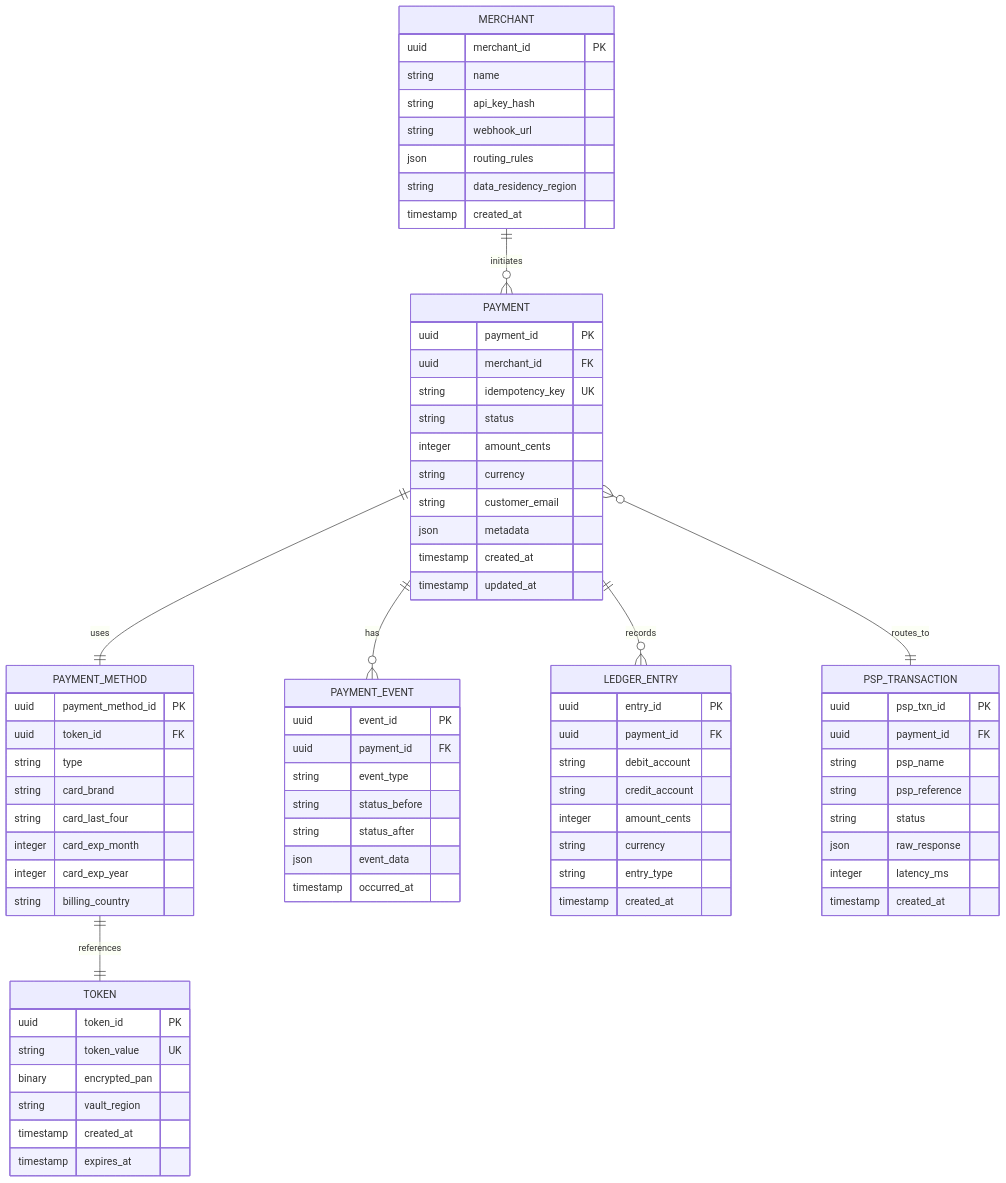
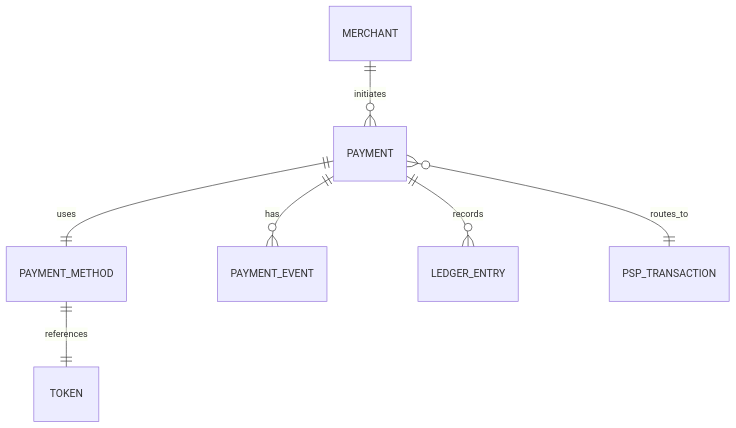
Before and after one commit to ashishthakur913/catenadocs: the second of 15 diagrams in PRD.md, drawn with Mermaid. The commit also changed other lines of this file and 1 other file, not shown here.

````diff
--- a/PRD.md
+++ b/PRD.md
@@ -222,79 +228,4 @@
     PAYMENT ||--o{ LEDGER_ENTRY : records
     PAYMENT }o--|| PSP_TRANSACTION : routes_to
     PAYMENT_METHOD ||--|| TOKEN : references
-    
-    MERCHANT {
-        uuid merchant_id PK
-        string name
-        string api_key_hash
-        string webhook_url
-        json routing_rules
-        string data_residency_region
-        timestamp created_at
-    }
-    
-    PAYMENT {
-        uuid payment_id PK
-        uuid merchant_id FK
-        string idempotency_key UK
-        string status
-        integer amount_cents
-        string currency
-        string customer_email
-        json metadata
-        timestamp created_at
-        timestamp updated_at
-    }
-    
-    PAYMENT_METHOD {
-        uuid payment_method_id PK
-        uuid token_id FK
-        string type
-        string card_brand
-        string card_last_four
-        integer card_exp_month
-        integer card_exp_year
-        string billing_country
-    }
-    
-    TOKEN {
-        uuid token_id PK
-        string token_value UK
-        binary encrypted_pan
-        string vault_region
-        timestamp created_at
-        timestamp expires_at
-    }
-    
-    PAYMENT_EVENT {
-        uuid event_id PK
-        uuid payment_id FK
-        string event_type
-        string status_before
-        string status_after
-        json event_data
-        timestamp occurred_at
-    }
-    
-    LEDGER_ENTRY {
-        uuid entry_id PK
-        uuid payment_id FK
-        string debit_account
-        string credit_account
-        integer amount_cents
-        string currency
-        string entry_type
-        timestamp created_at
-    }
-    
-    PSP_TRANSACTION {
-        uuid psp_txn_id PK
-        uuid payment_id FK
-        string psp_name
-        string psp_reference
-        string status
-        json raw_response
-        integer latency_ms
-        timestamp created_at
-    }
 ```
````
